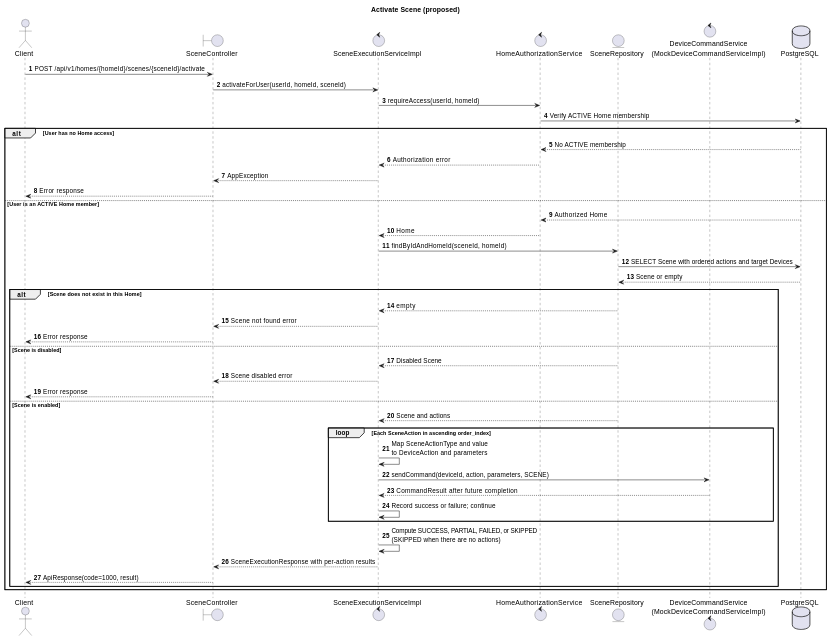
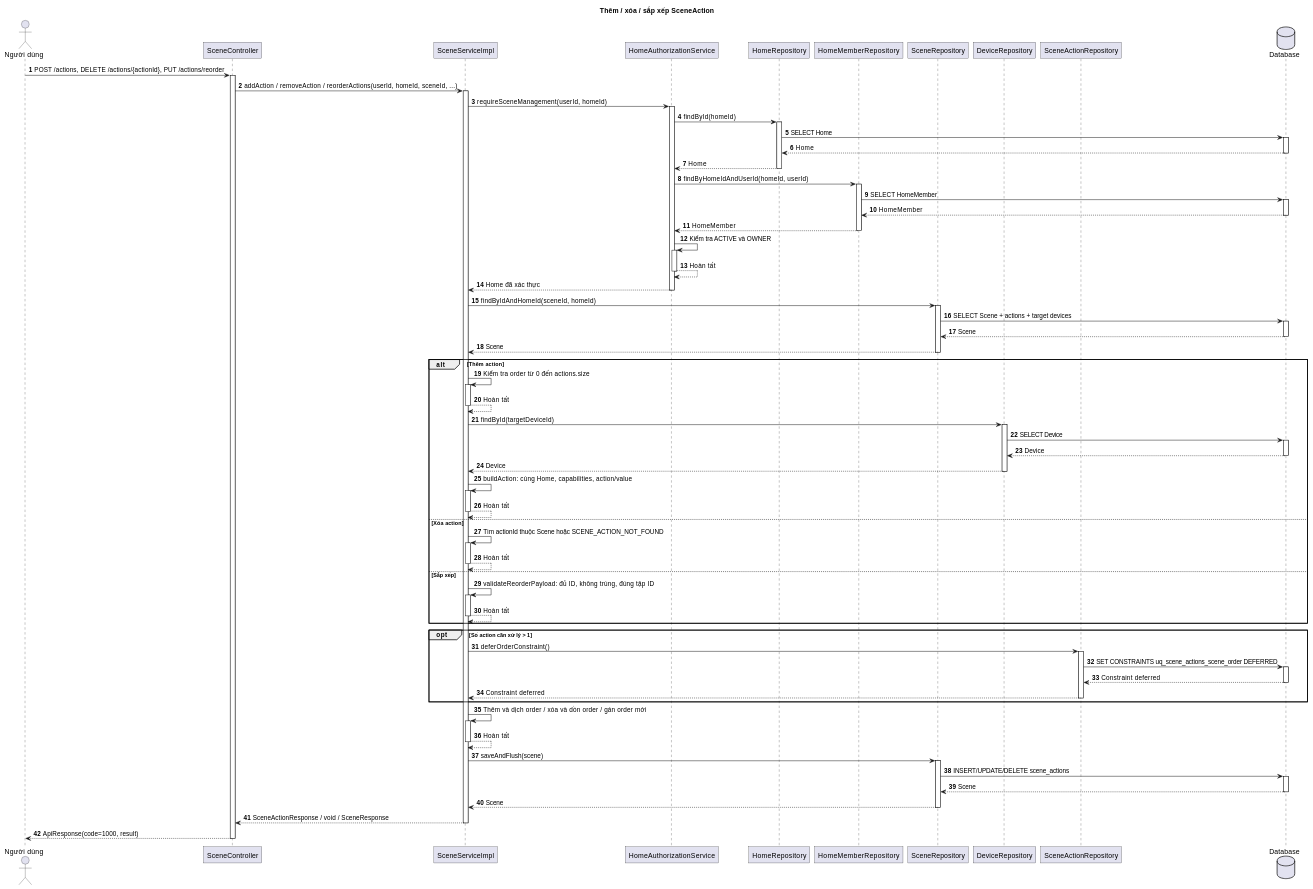
The ninth of 13 diagrams in docs/SCENE_CRUD_DIAGRAMS.md (diethon/backend_hesta), drawn with PlantUML before and after one commit. The commit also changed other lines of this file and 3 other files, not shown here.

````diff
--- a/docs/SCENE_CRUD_DIAGRAMS.md
+++ b/docs/SCENE_CRUD_DIAGRAMS.md
@@ -604,53 +920,111 @@
 ```plantuml
-@startuml Scene_Activate_Proposed
-title Activate Scene (proposed)
+@startuml Scene_Actions
+title Thêm / xóa / sắp xếp SceneAction
+skinparam backgroundColor white
+skinparam shadowing false
+skinparam roundcorner 0
+skinparam defaultFontName Arial
+
 autonumber
-
-actor Client
-boundary SceneController as Controller
-control SceneExecutionServiceImpl as ExecutionService
-control HomeAuthorizationService as Authorization
-entity SceneRepository as SceneRepo
-control "DeviceCommandService\n(MockDeviceCommandServiceImpl)" as CommandService
-database PostgreSQL as DB
-
-Client -> Controller: POST /api/v1/homes/{homeId}/scenes/{sceneId}/activate
-Controller -> ExecutionService: activateForUser(userId, homeId, sceneId)
-ExecutionService -> Authorization: requireAccess(userId, homeId)
-Authorization -> DB: Verify ACTIVE Home membership
-
-alt User has no Home access
-    DB --> Authorization: No ACTIVE membership
-    Authorization --> ExecutionService: Authorization error
-    ExecutionService --> Controller: AppException
-    Controller --> Client: Error response
-else User is an ACTIVE Home member
-    DB --> Authorization: Authorized Home
-    Authorization --> ExecutionService: Home
-    ExecutionService -> SceneRepo: findByIdAndHomeId(sceneId, homeId)
-    SceneRepo -> DB: SELECT Scene with ordered actions and target Devices
-    DB --> SceneRepo: Scene or empty
-
-    alt Scene does not exist in this Home
-        SceneRepo --> ExecutionService: empty
-        ExecutionService --> Controller: Scene not found error
-        Controller --> Client: Error response
-    else Scene is disabled
-        SceneRepo --> ExecutionService: Disabled Scene
-        ExecutionService --> Controller: Scene disabled error
-        Controller --> Client: Error response
-    else Scene is enabled
-        SceneRepo --> ExecutionService: Scene and actions
-        loop Each SceneAction in ascending order_index
-            ExecutionService -> ExecutionService: Map SceneActionType and value\nto DeviceAction and parameters
-            ExecutionService -> CommandService: sendCommand(deviceId, action, parameters, SCENE)
-            CommandService --> ExecutionService: CommandResult after future completion
-            ExecutionService -> ExecutionService: Record success or failure; continue
-        end
-        ExecutionService -> ExecutionService: Compute SUCCESS, PARTIAL, FAILED, or SKIPPED\n(SKIPPED when there are no actions)
-        ExecutionService --> Controller: SceneExecutionResponse with per-action results
-        Controller --> Client: ApiResponse(code=1000, result)
-    end
+actor "Người dùng" as Client
+participant "SceneController" as Controller
+participant "SceneServiceImpl" as Service
+participant "HomeAuthorizationService" as Auth
+participant "HomeRepository" as HomeRepo
+participant "HomeMemberRepository" as MemberRepo
+participant "SceneRepository" as SceneRepo
+participant "DeviceRepository" as DeviceRepo
+participant "SceneActionRepository" as ActionRepo
+database "Database" as DB
+Client -> Controller: POST /actions, DELETE /actions/{actionId}, PUT /actions/reorder
+activate Controller
+Controller -> Service: addAction / removeAction / reorderActions(userId, homeId, sceneId, ...)
+activate Service
+Service -> Auth: requireSceneManagement(userId, homeId)
+activate Auth
+Auth -> HomeRepo: findById(homeId)
+activate HomeRepo
+HomeRepo -> DB: SELECT Home
+activate DB
+DB --> HomeRepo: Home
+deactivate DB
+HomeRepo --> Auth: Home
+deactivate HomeRepo
+Auth -> MemberRepo: findByHomeIdAndUserId(homeId, userId)
+activate MemberRepo
+MemberRepo -> DB: SELECT HomeMember
+activate DB
+DB --> MemberRepo: HomeMember
+deactivate DB
+MemberRepo --> Auth: HomeMember
+deactivate MemberRepo
+Auth -> Auth: Kiểm tra ACTIVE và OWNER
+activate Auth
+Auth --> Auth: Hoàn tất
+deactivate Auth
+Auth --> Service: Home đã xác thực
+deactivate Auth
+Service -> SceneRepo: findByIdAndHomeId(sceneId, homeId)
+activate SceneRepo
+SceneRepo -> DB: SELECT Scene + actions + target devices
+activate DB
+DB --> SceneRepo: Scene
+deactivate DB
+SceneRepo --> Service: Scene
+deactivate SceneRepo
+alt Thêm action
+Service -> Service: Kiểm tra order từ 0 đến actions.size
+activate Service
+Service --> Service: Hoàn tất
+deactivate Service
+Service -> DeviceRepo: findById(targetDeviceId)
+activate DeviceRepo
+DeviceRepo -> DB: SELECT Device
+activate DB
+DB --> DeviceRepo: Device
+deactivate DB
+DeviceRepo --> Service: Device
+deactivate DeviceRepo
+Service -> Service: buildAction: cùng Home, capabilities, action/value
+activate Service
+Service --> Service: Hoàn tất
+deactivate Service
+else Xóa action
+Service -> Service: Tìm actionId thuộc Scene hoặc SCENE_ACTION_NOT_FOUND
+activate Service
+Service --> Service: Hoàn tất
+deactivate Service
+else Sắp xếp
+Service -> Service: validateReorderPayload: đủ ID, không trùng, đúng tập ID
+activate Service
+Service --> Service: Hoàn tất
+deactivate Service
 end
+opt Số action cần xử lý > 1
+Service -> ActionRepo: deferOrderConstraint()
+activate ActionRepo
+ActionRepo -> DB: SET CONSTRAINTS uq_scene_actions_scene_order DEFERRED
+activate DB
+DB --> ActionRepo: Constraint deferred
+deactivate DB
+ActionRepo --> Service: Constraint deferred
+deactivate ActionRepo
+end
+Service -> Service: Thêm và dịch order / xóa và dồn order / gán order mới
+activate Service
+Service --> Service: Hoàn tất
+deactivate Service
+Service -> SceneRepo: saveAndFlush(scene)
+activate SceneRepo
+SceneRepo -> DB: INSERT/UPDATE/DELETE scene_actions
+activate DB
+DB --> SceneRepo: Scene
+deactivate DB
+SceneRepo --> Service: Scene
+deactivate SceneRepo
+Service --> Controller: SceneActionResponse / void / SceneResponse
+deactivate Service
+Controller --> Client: ApiResponse(code=1000, result)
+deactivate Controller
 @enduml
 ```
````
